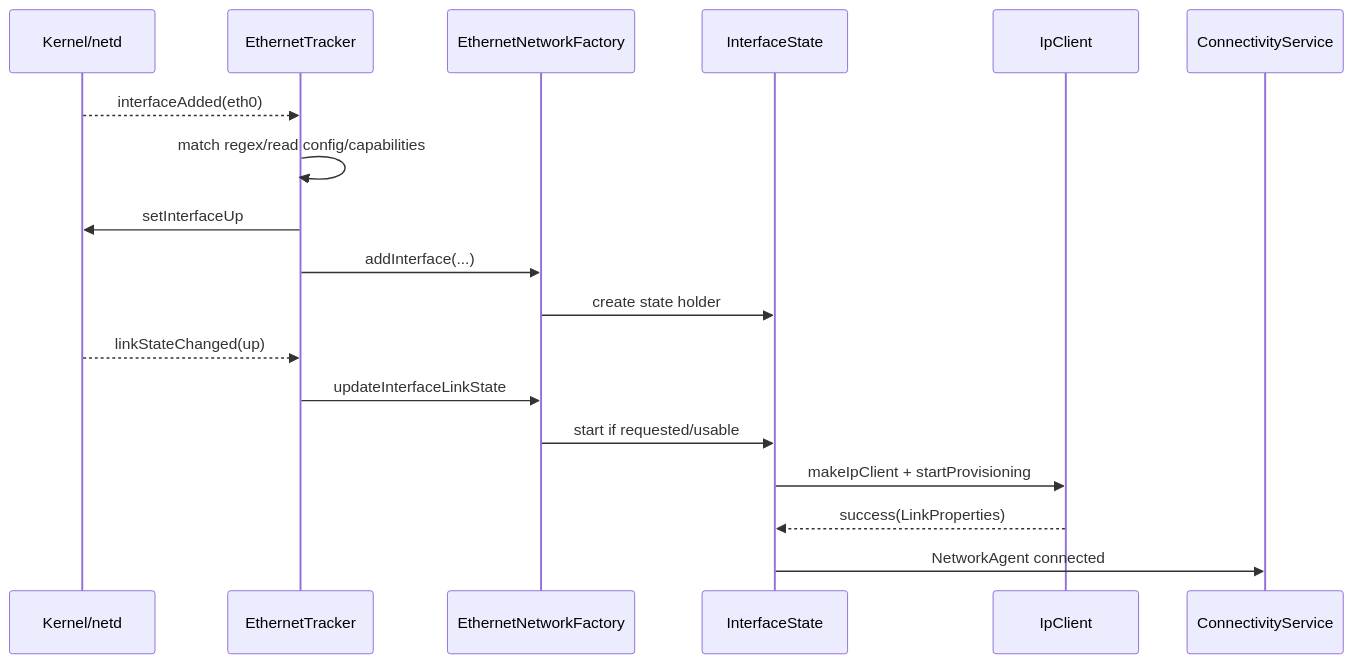
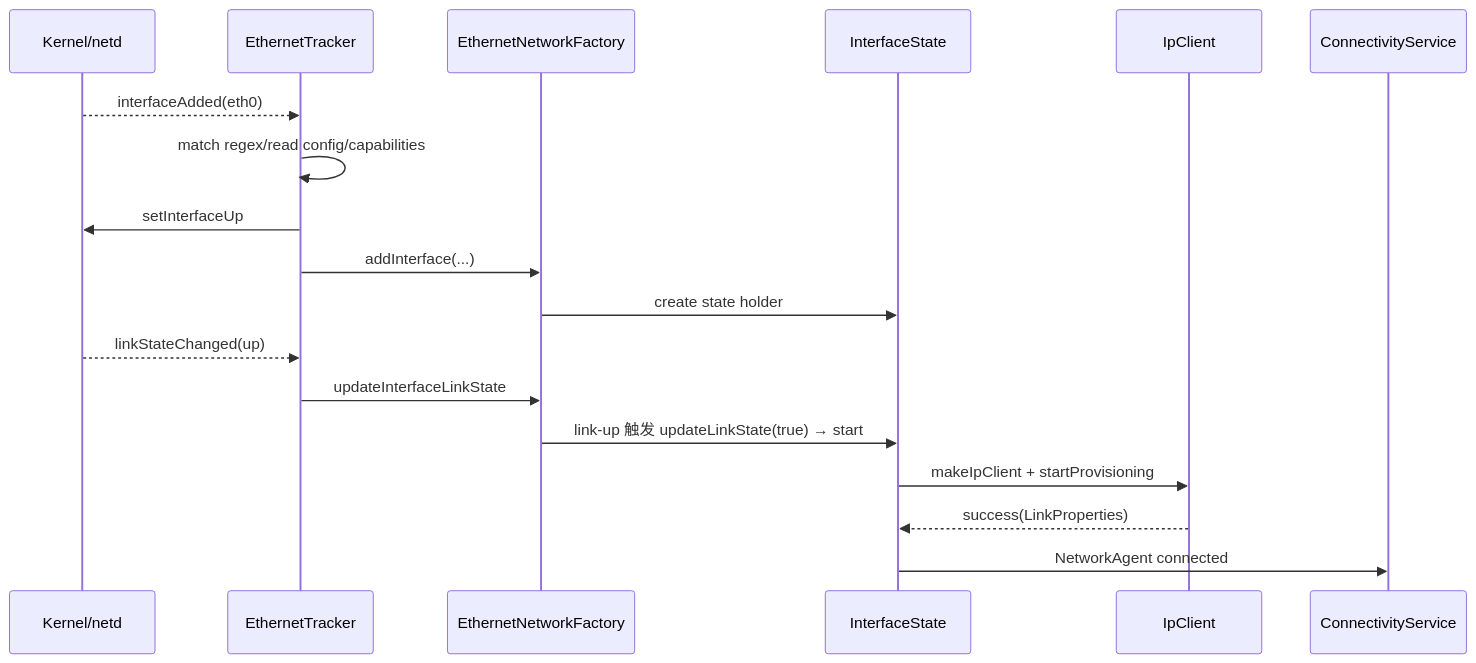
One commit to junyingzhao001/StudyNotes changed the second of 3 diagrams in Android源码学习/40-Android以太网系统EthernetService与IpClient.md. Above: the diagram before and after it, drawn with Mermaid. The commit also changed other lines of this file and 617 other files, not shown here.

````diff
--- a/Android源码学习/40-Android以太网系统EthernetService与IpClient.md
+++ b/Android源码学习/40-Android以太网系统EthernetService与IpClient.md
@@ -133,21 +137,21 @@
 ```mermaid
 sequenceDiagram
     participant K as Kernel/netd
     participant T as EthernetTracker
     participant F as EthernetNetworkFactory
     participant I as InterfaceState
     participant P as IpClient
     participant C as ConnectivityService
 
     K-->>T: interfaceAdded(eth0)
     T->>T: match regex/read config/capabilities
     T->>K: setInterfaceUp
     T->>F: addInterface(...)
     F->>I: create state holder
     K-->>T: linkStateChanged(up)
     T->>F: updateInterfaceLinkState
-    F->>I: start if requested/usable
+    F->>I: link-up 触发 updateLinkState(true) → start
     I->>P: makeIpClient + startProvisioning
     P-->>I: success(LinkProperties)
     I->>C: NetworkAgent connected
 ```
````
